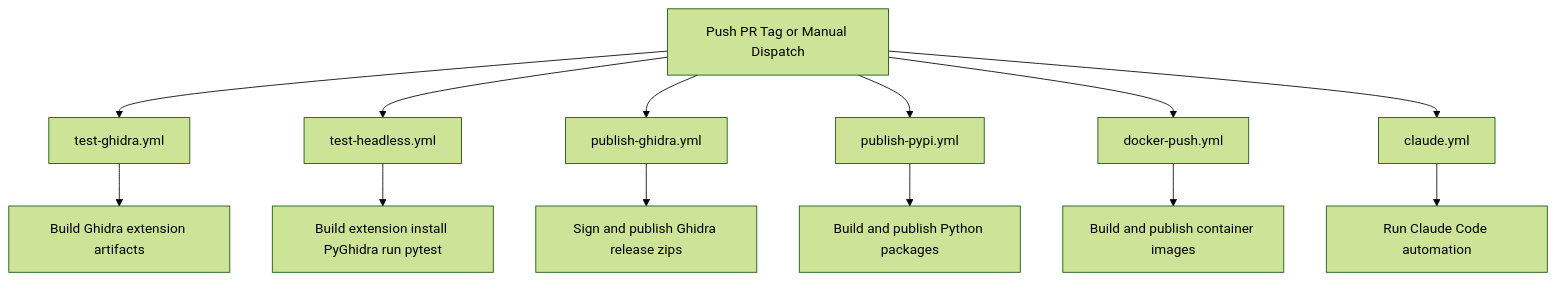
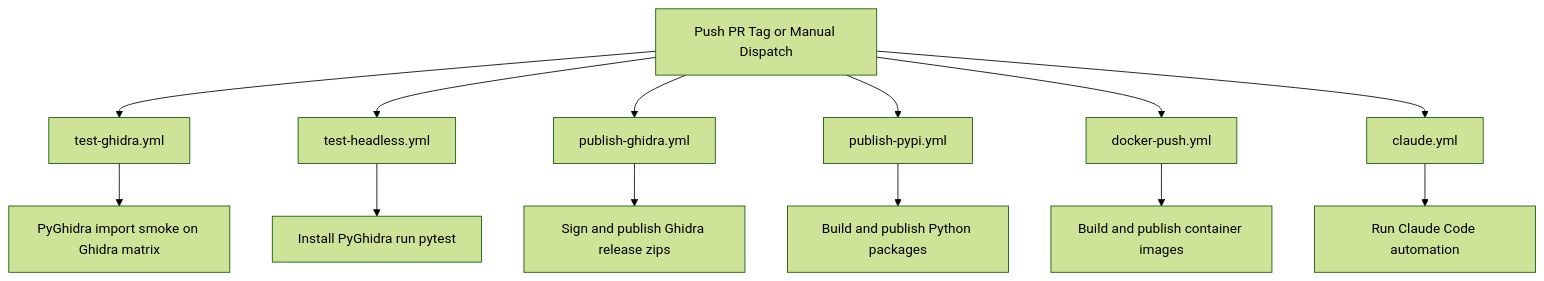
Before and after one commit to bolabaden/AgentDecompile: the diagram in .github/CI_WORKFLOWS.md, drawn with Mermaid (forest theme). The commit also changed other lines of this file and 40 other files, not shown here.

````diff
--- a/.github/CI_WORKFLOWS.md
+++ b/.github/CI_WORKFLOWS.md
@@ -5,15 +5,15 @@
 ```mermaid
 flowchart TD
     A[Push PR Tag or Manual Dispatch] --> B[test-ghidra.yml]
     A --> C[test-headless.yml]
     A --> D[publish-ghidra.yml]
     A --> E[publish-pypi.yml]
     A --> F[docker-push.yml]
     A --> G[claude.yml]
-    B --> H[Build Ghidra extension artifacts]
-    C --> I[Build extension install PyGhidra run pytest]
+    B --> H[PyGhidra import smoke on Ghidra matrix]
+    C --> I[Install PyGhidra run pytest]
     D --> J[Sign and publish Ghidra release zips]
     E --> K[Build and publish Python packages]
     F --> L[Build and publish container images]
     G --> M[Run Claude Code automation]
 ```
````
